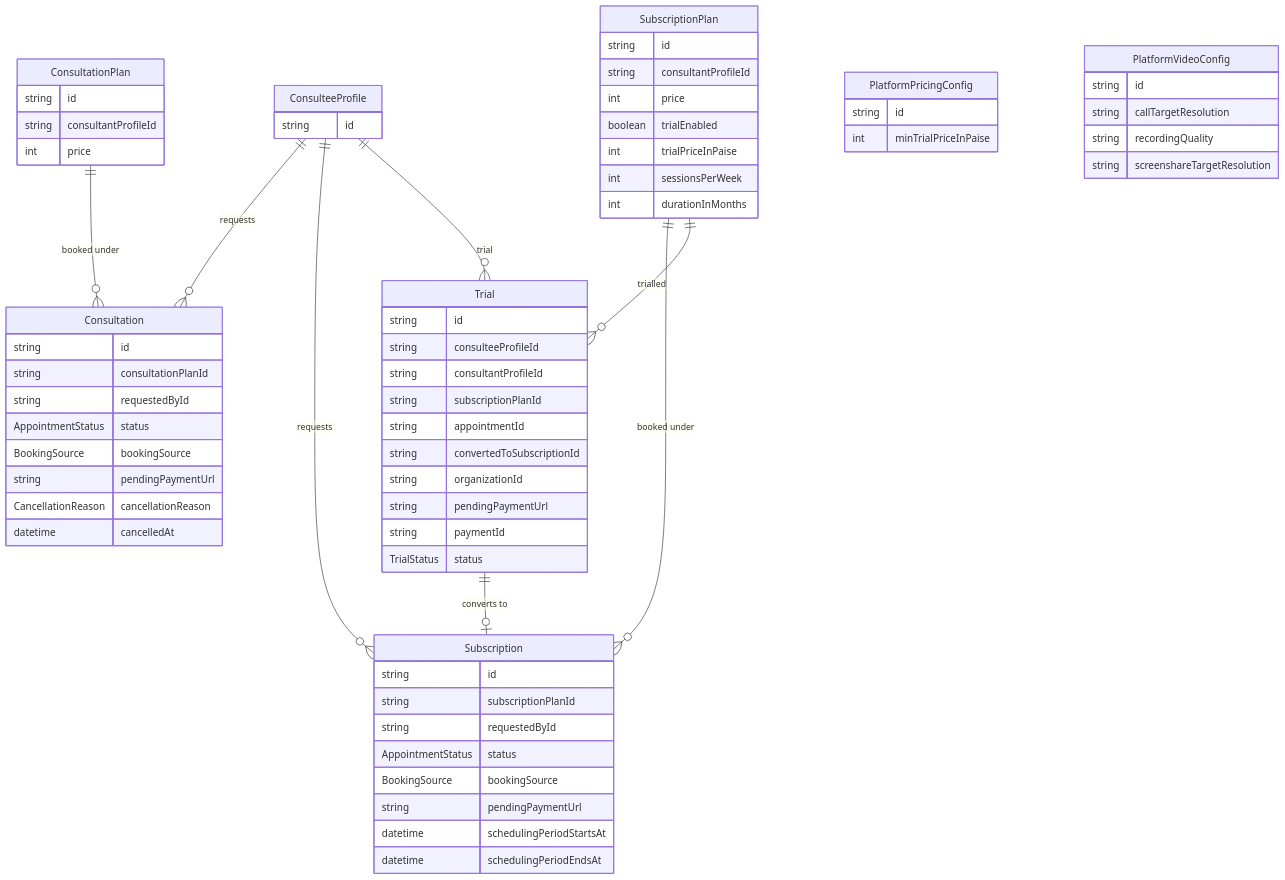
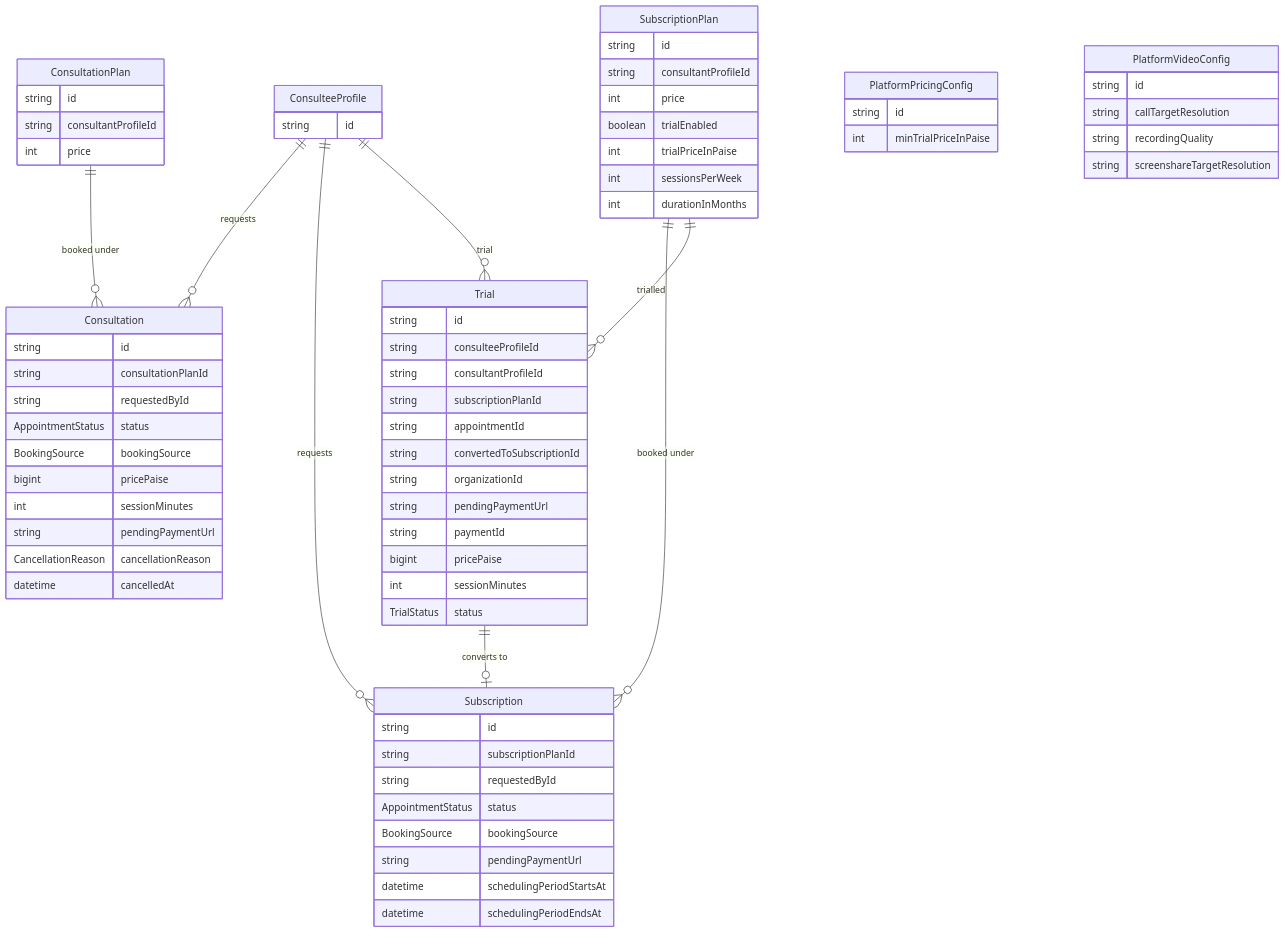
The ninth of 24 diagrams in docs/prisma/00-schema-map.md (Practitionist/familiarise_web), drawn with Mermaid before and after one commit. The commit also changed other lines of this file and 18 other files, not shown here.

````diff
--- a/docs/prisma/00-schema-map.md
+++ b/docs/prisma/00-schema-map.md
@@ -647,70 +647,74 @@
 ```mermaid
 erDiagram
     ConsulteeProfile {
         string id
     }
     ConsultationPlan {
         string id
         string consultantProfileId
         int price
     }
     Consultation {
         string id
         string consultationPlanId
         string requestedById
         AppointmentStatus status
         BookingSource bookingSource
+        bigint pricePaise
+        int sessionMinutes
         string pendingPaymentUrl
         CancellationReason cancellationReason
         datetime cancelledAt
     }
     SubscriptionPlan {
         string id
         string consultantProfileId
         int price
         boolean trialEnabled
         int trialPriceInPaise
         int sessionsPerWeek
         int durationInMonths
     }
     Subscription {
         string id
         string subscriptionPlanId
         string requestedById
         AppointmentStatus status
         BookingSource bookingSource
         string pendingPaymentUrl
         datetime schedulingPeriodStartsAt
         datetime schedulingPeriodEndsAt
     }
     Trial {
         string id
         string consulteeProfileId
         string consultantProfileId
         string subscriptionPlanId
         string appointmentId
         string convertedToSubscriptionId
         string organizationId
         string pendingPaymentUrl
         string paymentId
+        bigint pricePaise
+        int sessionMinutes
         TrialStatus status
     }
     PlatformPricingConfig {
         string id
         int minTrialPriceInPaise
     }
     PlatformVideoConfig {
         string id
         string callTargetResolution
         string recordingQuality
         string screenshareTargetResolution
     }
 
     ConsulteeProfile ||--o{ Consultation : "requests"
     ConsultationPlan ||--o{ Consultation : "booked under"
     ConsulteeProfile ||--o{ Subscription : "requests"
     SubscriptionPlan ||--o{ Subscription : "booked under"
     ConsulteeProfile ||--o{ Trial : "trial"
     SubscriptionPlan ||--o{ Trial : "trialled"
     Trial ||--o| Subscription : "converts to"
 ```
````
